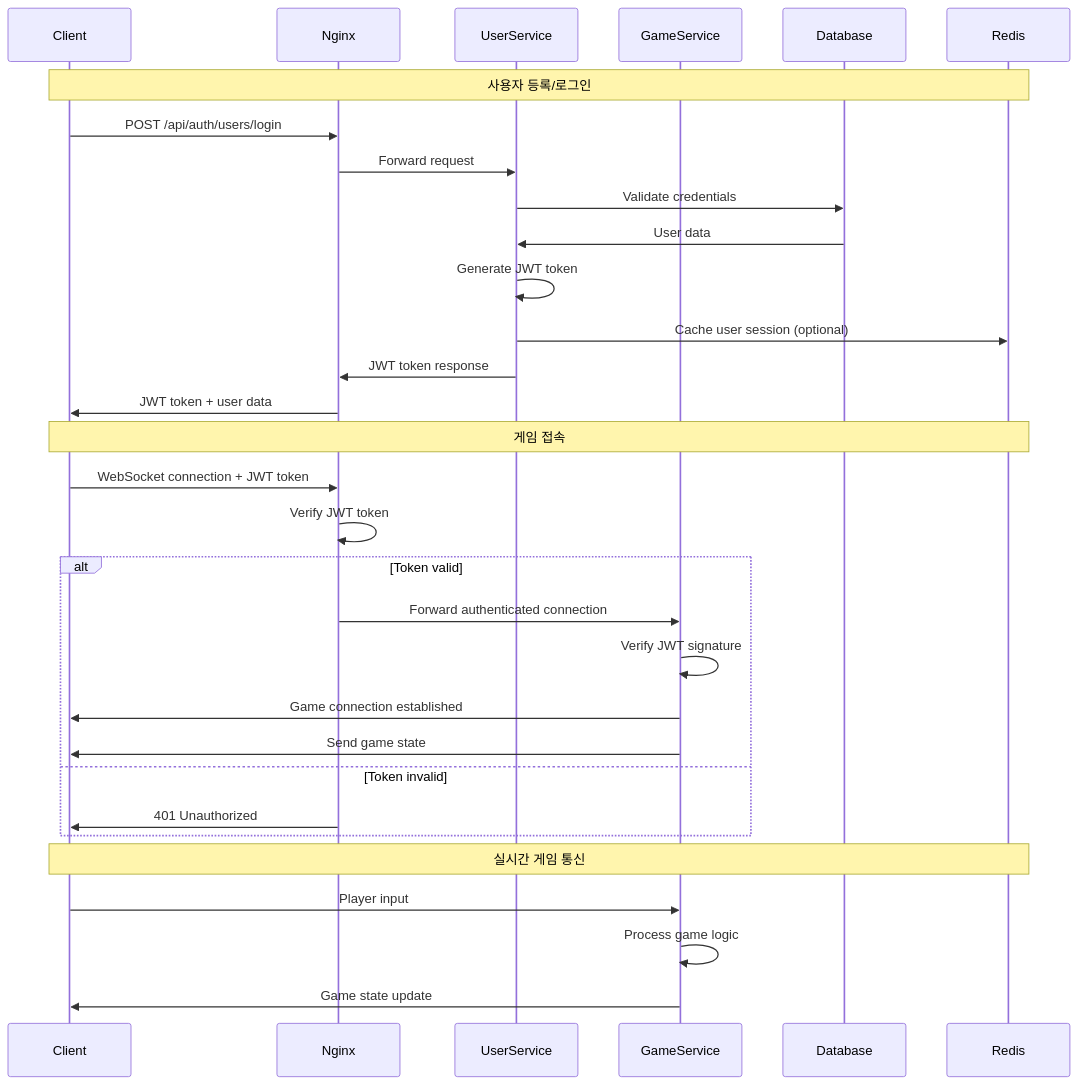
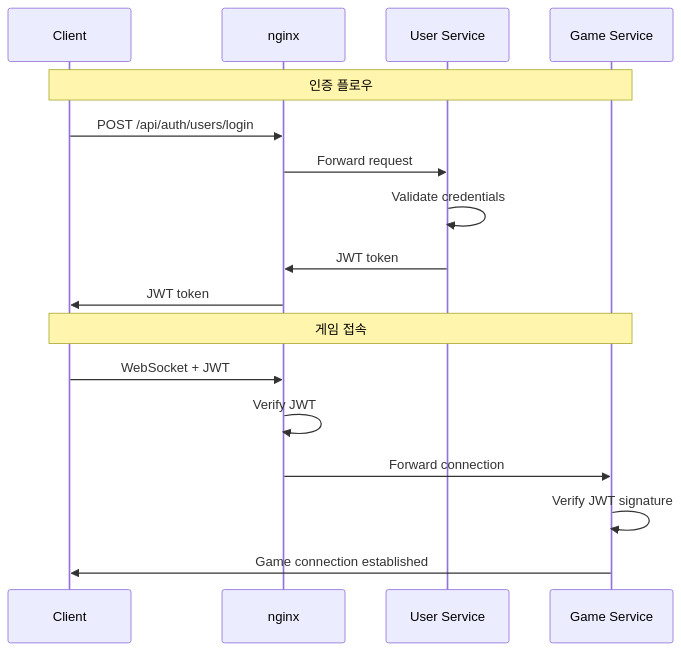
One commit to tanminkwan/test2 changed the second of 10 diagrams in ARCHITECTURE.md. Above: the diagram before and after it, drawn with Mermaid. The commit also changed other lines of this file and 26 other files, not shown here.

````diff
--- a/ARCHITECTURE.md
+++ b/ARCHITECTURE.md
@@ -102,36 +258,21 @@
 ```mermaid
 sequenceDiagram
-    participant Client
-    participant Nginx
-    participant UserService
-    participant GameService
-    participant Database
-    participant Redis
+    participant C as Client
+    participant N as nginx
+    participant U as User Service
+    participant G as Game Service
     
-    Note over Client, Redis: 사용자 등록/로그인
-    Client->>Nginx: POST /api/auth/users/login
-    Nginx->>UserService: Forward request
-    UserService->>Database: Validate credentials
-    Database->>UserService: User data
-    UserService->>UserService: Generate JWT token
-    UserService->>Redis: Cache user session (optional)
-    UserService->>Nginx: JWT token response
-    Nginx->>Client: JWT token + user data
+    Note over C,G: 인증 플로우
+    C->>N: POST /api/auth/users/login
+    N->>U: Forward request
+    U->>U: Validate credentials
+    U->>N: JWT token
+    N->>C: JWT token
     
-    Note over Client, Redis: 게임 접속
-    Client->>Nginx: WebSocket connection + JWT token
-    Nginx->>Nginx: Verify JWT token
-    alt Token valid
-        Nginx->>GameService: Forward authenticated connection
-        GameService->>GameService: Verify JWT signature
-        GameService->>Client: Game connection established
-        GameService->>Client: Send game state
-    else Token invalid
-        Nginx->>Client: 401 Unauthorized
-    end
-    
-    Note over Client, Redis: 실시간 게임 통신
-    Client->>GameService: Player input
-    GameService->>GameService: Process game logic
-    GameService->>Client: Game state update
+    Note over C,G: 게임 접속
+    C->>N: WebSocket + JWT
+    N->>N: Verify JWT
+    N->>G: Forward connection
+    G->>G: Verify JWT signature
+    G->>C: Game connection established
 ```
````
